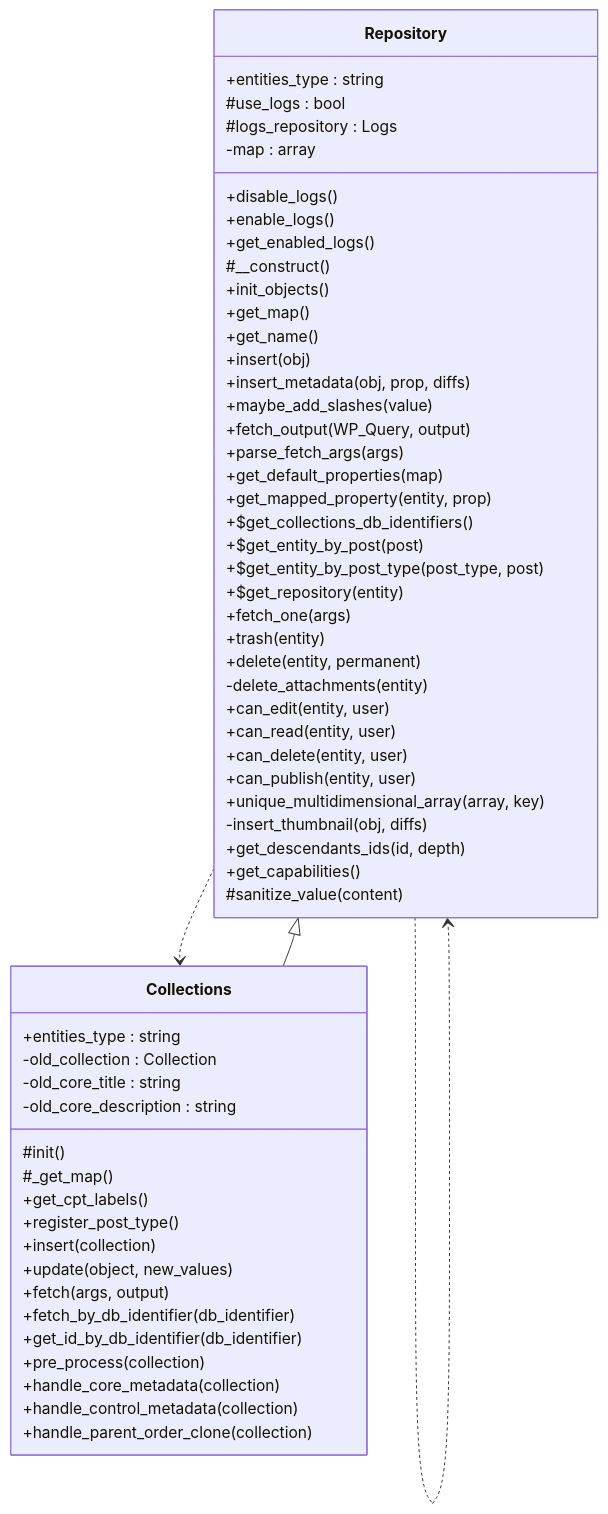
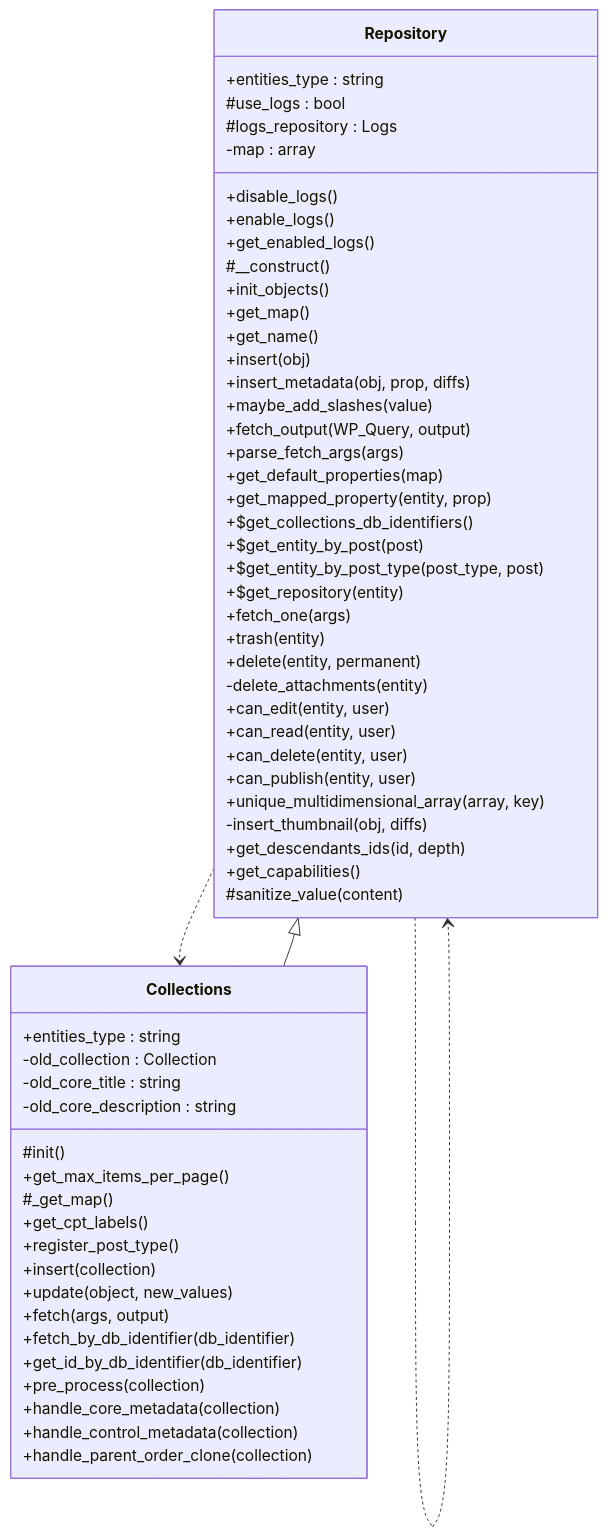
The diagram in docs/phpdoc/classes/Tainacan/Repositories/Collections.mmd (tainacan/tainacan), drawn with Mermaid before and after one commit. The commit also changed 69 other files, not shown here.

```diff
--- a/docs/phpdoc/classes/Tainacan/Repositories/Collections.mmd
+++ b/docs/phpdoc/classes/Tainacan/Repositories/Collections.mmd
@@ -1,61 +1,62 @@
 classDiagram
     direction TB
     class Collections {
         +entities_type : string
         -old_collection : Collection
         -old_core_title : string
         -old_core_description : string
         #init()
+        +get_max_items_per_page()
         #_get_map()
         +get_cpt_labels()
         +register_post_type()
         +insert(collection)
         +update(object, new_values)
         +fetch(args, output)
         +fetch_by_db_identifier(db_identifier)
         +get_id_by_db_identifier(db_identifier)
         +pre_process(collection)
         +handle_core_metadata(collection)
         +handle_control_metadata(collection)
         +handle_parent_order_clone(collection)
     }
     class Repository {
         +entities_type : string
         #use_logs : bool
         #logs_repository : Logs
         -map : array
         +disable_logs()
         +enable_logs()
         +get_enabled_logs()
         #__construct()
         +init_objects()
         +get_map()
         +get_name()
         +insert(obj)
         +insert_metadata(obj, prop, diffs)
         +maybe_add_slashes(value)
         +fetch_output(WP_Query, output)
         +parse_fetch_args(args)
         +get_default_properties(map)
         +get_mapped_property(entity, prop)
         +$get_collections_db_identifiers()
         +$get_entity_by_post(post)
         +$get_entity_by_post_type(post_type, post)
         +$get_repository(entity)
         +fetch_one(args)
         +trash(entity)
         +delete(entity, permanent)
         -delete_attachments(entity)
         +can_edit(entity, user)
         +can_read(entity, user)
         +can_delete(entity, user)
         +can_publish(entity, user)
         +unique_multidimensional_array(array, key)
         -insert_thumbnail(obj, diffs)
         +get_descendants_ids(id, depth)
         +get_capabilities()
         #sanitize_value(content)
     }
     Repository ..> Collections
     Repository ..> Repository
     Repository <|-- Collections
```
